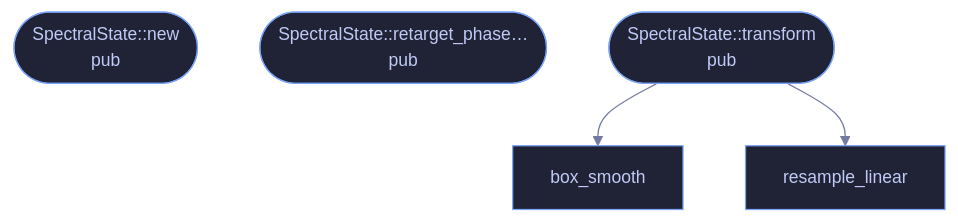
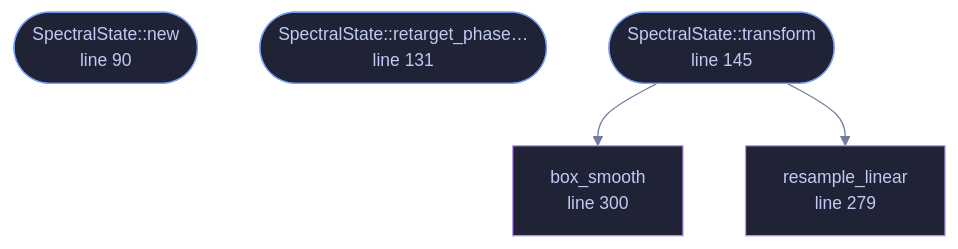
One commit to tilas01/veilvoice changed the diagram in wiki/File-veilvoice-core-spectral.md. Above: the diagram before and after it, drawn with Mermaid. The commit also changed other lines of this file and 182 other files, not shown here.

````diff
--- a/wiki/File-veilvoice-core-spectral.md
+++ b/wiki/File-veilvoice-core-spectral.md
@@ -74,11 +91,15 @@
 ```mermaid
 %%{init: {"theme":"base","themeVariables":{"background":"#1a1b26","primaryColor":"#1f2335","primaryTextColor":"#c0caf5","primaryBorderColor":"#7aa2f7","secondaryColor":"#16161e","tertiaryColor":"#16161e","lineColor":"#737aa2","textColor":"#c0caf5","mainBkg":"#1f2335","nodeBorder":"#7aa2f7","clusterBkg":"#16161e","clusterBorder":"#2f3549","fontFamily":"ui-monospace, SFMono-Regular, Consolas, monospace","fontSize":"14px"}}}%%
 flowchart TD
-    n_new(["SpectralState::new<br/>pub"])
-    n_retarget_phase_offsets(["SpectralState::retarget_phase…<br/>pub"])
-    n_transform(["SpectralState::transform<br/>pub"])
-    n_resample_linear["resample_linear"]
-    n_box_smooth["box_smooth"]
+    n_new(["SpectralState::new<br/>line 90"])
+    n_retarget_phase_offsets(["SpectralState::retarget_phase…<br/>line 131"])
+    n_transform(["SpectralState::transform<br/>line 145"])
+    n_resample_linear["resample_linear<br/>line 279"]
+    n_box_smooth["box_smooth<br/>line 300"]
     n_transform --> n_box_smooth
     n_transform --> n_resample_linear
+    classDef entry fill:#1f2335,stroke:#7aa2f7,color:#c0caf5
+    class n_new,n_retarget_phase_offsets,n_transform entry
+    classDef helper fill:#1f2335,stroke:#bb9af7,color:#c0caf5
+    class n_resample_linear,n_box_smooth helper
 ```
````
